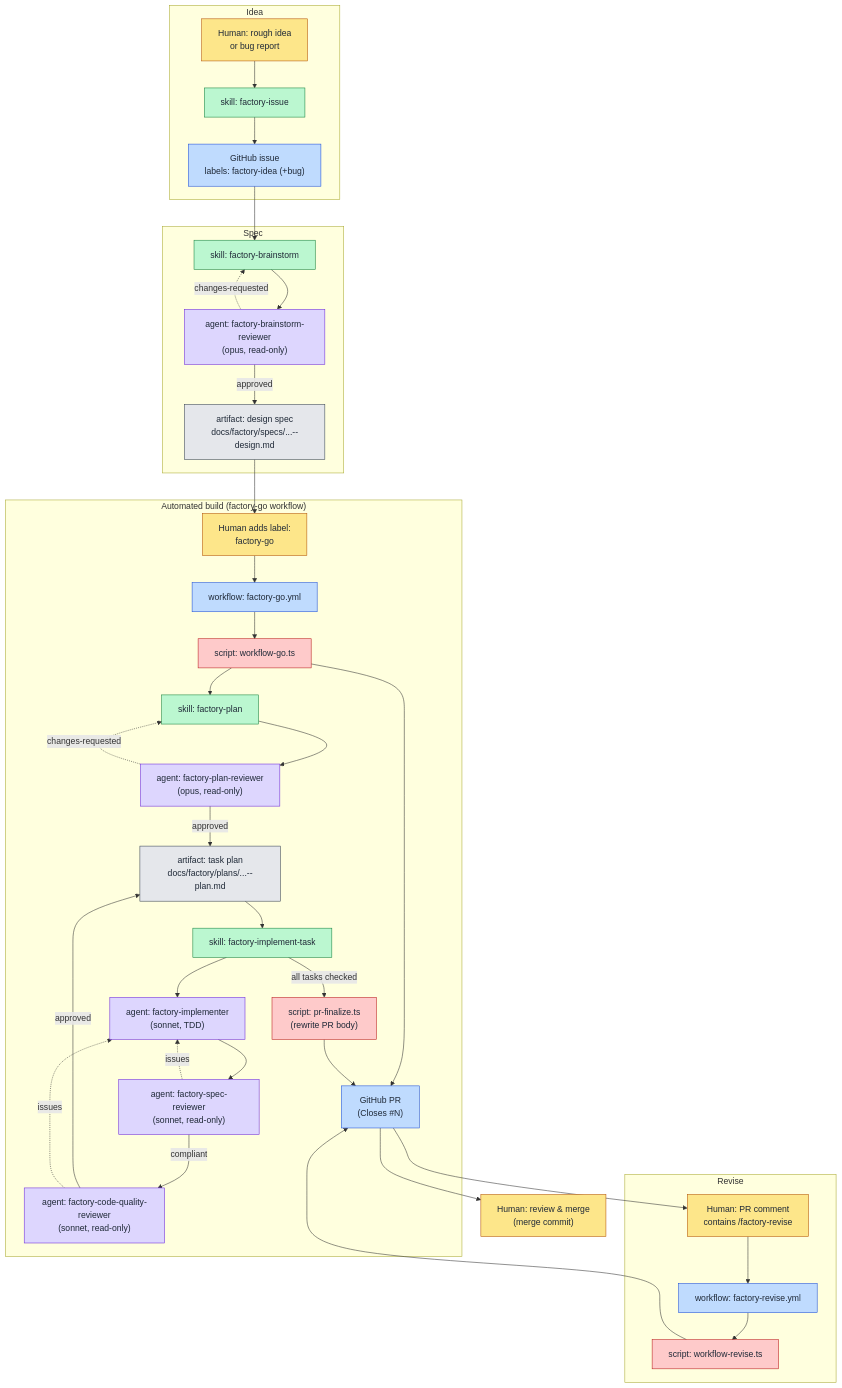
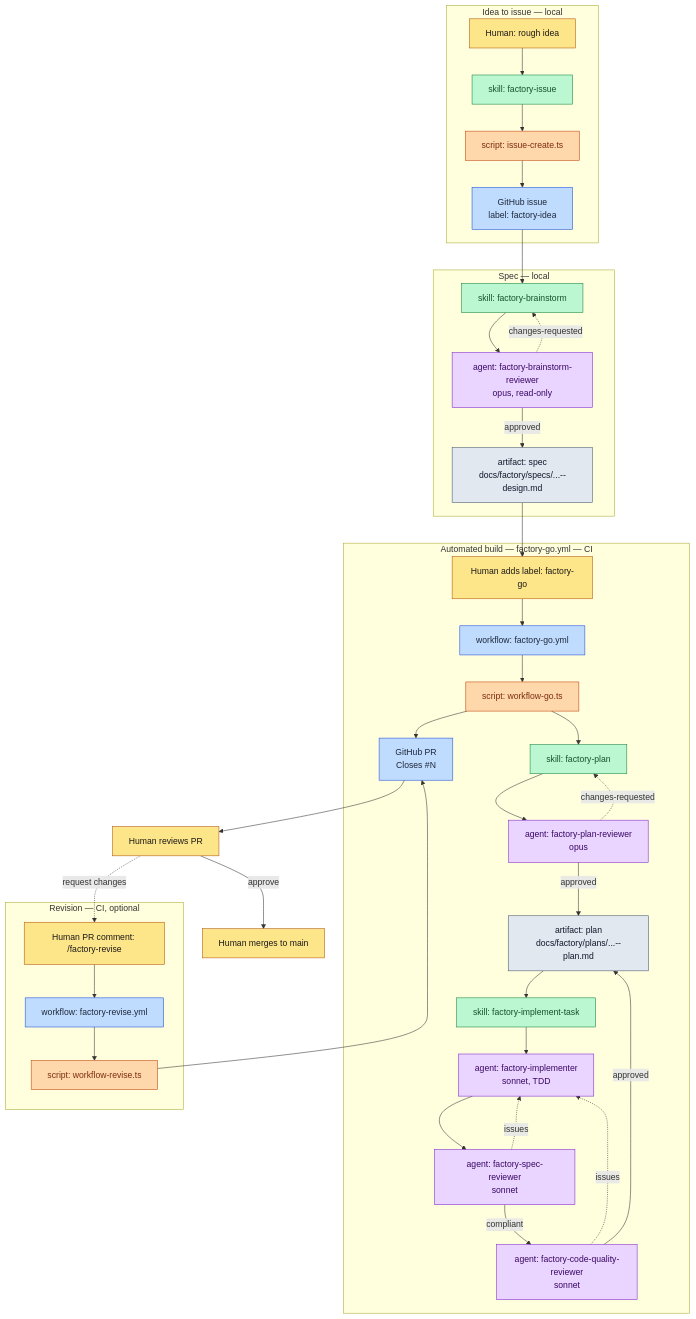
The first of 2 diagrams in docs/factory/factory-process-guide.md (jost-kuenzel/claude-workshop), drawn with Mermaid before and after one commit. The commit also changed other lines of this file, not shown here.

Commit message:
docs: updated factory doc

````diff
--- a/docs/factory/factory-process-guide.md
+++ b/docs/factory/factory-process-guide.md
@@ -36,63 +37,62 @@
 ```mermaid
 flowchart TD
-    subgraph Idea
-        H1["Human: rough idea<br/>or bug report"]:::human
+    classDef human fill:#fde68a,stroke:#b45309,color:#1c1917
+    classDef gh fill:#bfdbfe,stroke:#1d4ed8,color:#1e293b
+    classDef skill fill:#bbf7d0,stroke:#15803d,color:#14532d
+    classDef agent fill:#e9d5ff,stroke:#7e22ce,color:#3b0764
+    classDef script fill:#fed7aa,stroke:#c2410c,color:#7c2d12
+    classDef artifact fill:#e2e8f0,stroke:#475569,color:#0f172a
+
+    subgraph IDEA["Idea to issue — local"]
+        H1["Human: rough idea"]:::human
         SK_ISSUE["skill: factory-issue"]:::skill
-        ISSUE["GitHub issue<br/>labels: factory-idea (+bug)"]:::gh
-        H1 --> SK_ISSUE --> ISSUE
+        SC_ISSUE["script: issue-create.ts"]:::script
+        ISSUE["GitHub issue<br/>label: factory-idea"]:::gh
+        H1 --> SK_ISSUE --> SC_ISSUE --> ISSUE
     end
 
-    subgraph Spec
+    subgraph SPEC["Spec — local"]
         SK_BS["skill: factory-brainstorm"]:::skill
-        AG_BSR["agent: factory-brainstorm-reviewer<br/>(opus, read-only)"]:::agent
-        SPEC["artifact: design spec<br/>docs/factory/specs/...--design.md"]:::artifact
+        AG_BSR["agent: factory-brainstorm-reviewer<br/>opus, read-only"]:::agent
+        SPECF["artifact: spec<br/>docs/factory/specs/...--design.md"]:::artifact
         ISSUE --> SK_BS --> AG_BSR
-        AG_BSR -->|approved| SPEC
+        AG_BSR -->|approved| SPECF
         AG_BSR -.->|changes-requested| SK_BS
     end
 
-    LABEL["Human adds label:<br/>factory-go"]:::human
-    SPEC --> LABEL
+    LABEL["Human adds label: factory-go"]:::human
+    SPECF --> LABEL
 
-    subgraph CI["Automated build (factory-go workflow)"]
-        WF_GO["workflow: factory-go.yml"]:::gh
+    subgraph CI["Automated build — factory-go.yml — CI"]
+        WF["workflow: factory-go.yml"]:::gh
         ORCH["script: workflow-go.ts"]:::script
-        PR["GitHub PR<br/>(Closes #N)"]:::gh
+        PR["GitHub PR<br/>Closes #N"]:::gh
         SK_PLAN["skill: factory-plan"]:::skill
-        AG_PLANR["agent: factory-plan-reviewer<br/>(opus, read-only)"]:::agent
-        PLAN["artifact: task plan<br/>docs/factory/plans/...--plan.md"]:::artifact
+        AG_PLANR["agent: factory-plan-reviewer<br/>opus"]:::agent
+        PLAN["artifact: plan<br/>docs/factory/plans/...--plan.md"]:::artifact
         SK_TASK["skill: factory-implement-task"]:::skill
-        AG_IMPL["agent: factory-implementer<br/>(sonnet, TDD)"]:::agent
-        AG_SPECR["agent: factory-spec-reviewer<br/>(sonnet, read-only)"]:::agent
-        AG_CQR["agent: factory-code-quality-reviewer<br/>(sonnet, read-only)"]:::agent
-        FIN["script: pr-finalize.ts<br/>(rewrite PR body)"]:::script
-
-        LABEL --> WF_GO --> ORCH --> PR
+        AG_IMPL["agent: factory-implementer<br/>sonnet, TDD"]:::agent
+        AG_SPECR["agent: factory-spec-reviewer<br/>sonnet"]:::agent
+        AG_QUAL["agent: factory-code-quality-reviewer<br/>sonnet"]:::agent
+        LABEL --> WF --> ORCH --> PR
         ORCH --> SK_PLAN --> AG_PLANR
         AG_PLANR -->|approved| PLAN
         AG_PLANR -.->|changes-requested| SK_PLAN
         PLAN --> SK_TASK --> AG_IMPL --> AG_SPECR
-        AG_SPECR -->|compliant| AG_CQR
         AG_SPECR -.->|issues| AG_IMPL
-        AG_CQR -->|approved| PLAN
-        AG_CQR -.->|issues| AG_IMPL
-        SK_TASK -->|all tasks checked| FIN --> PR
+        AG_SPECR -->|compliant| AG_QUAL
+        AG_QUAL -.->|issues| AG_IMPL
+        AG_QUAL -->|approved| PLAN
     end
 
-    subgraph Revise
-        H2["Human: PR comment<br/>contains /factory-revise"]:::human
+    subgraph REV["Revision — CI, optional"]
+        CMT["Human PR comment: /factory-revise"]:::human
         WF_REV["workflow: factory-revise.yml"]:::gh
         ORCH_REV["script: workflow-revise.ts"]:::script
-        PR --> H2 --> WF_REV --> ORCH_REV --> PR
+        CMT --> WF_REV --> ORCH_REV --> PR
     end
 
-    MERGE["Human: review &amp; merge<br/>(merge commit)"]:::human
-    PR --> MERGE
-
-    classDef human fill:#fde68a,stroke:#b45309,color:#1f2937
-    classDef gh fill:#bfdbfe,stroke:#1d4ed8,color:#1f2937
-    classDef skill fill:#bbf7d0,stroke:#15803d,color:#1f2937
-    classDef agent fill:#ddd6fe,stroke:#6d28d9,color:#1f2937
-    classDef script fill:#fecaca,stroke:#b91c1c,color:#1f2937
-    classDef artifact fill:#e5e7eb,stroke:#374151,color:#1f2937
+    PR --> REVIEW["Human reviews PR"]:::human
+    REVIEW -.->|request changes| CMT
+    REVIEW -->|approve| MERGE["Human merges to main"]:::human
 ```
````
